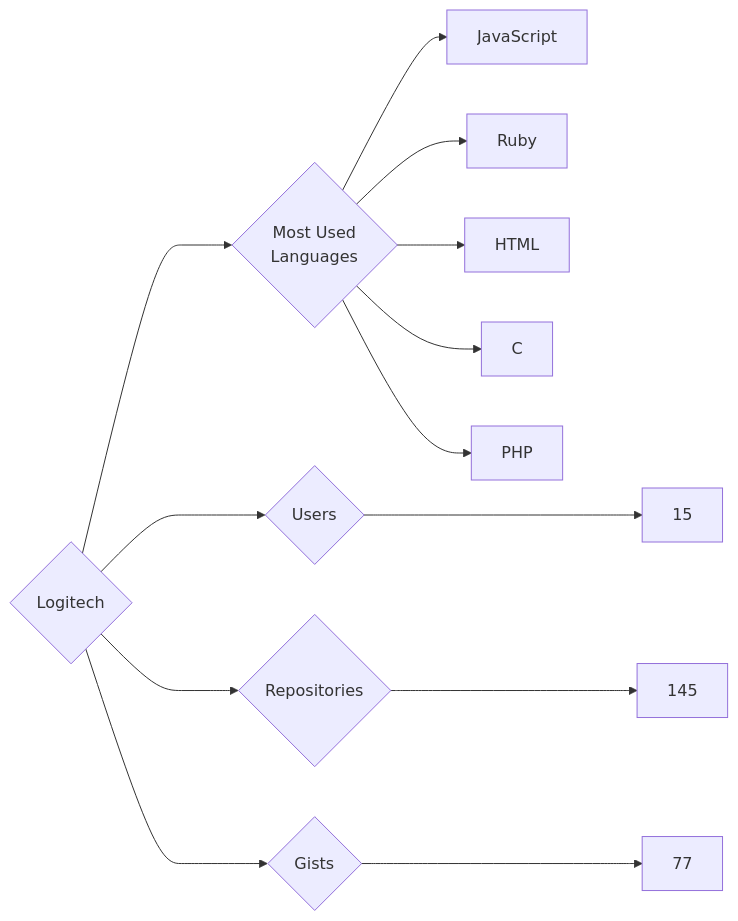
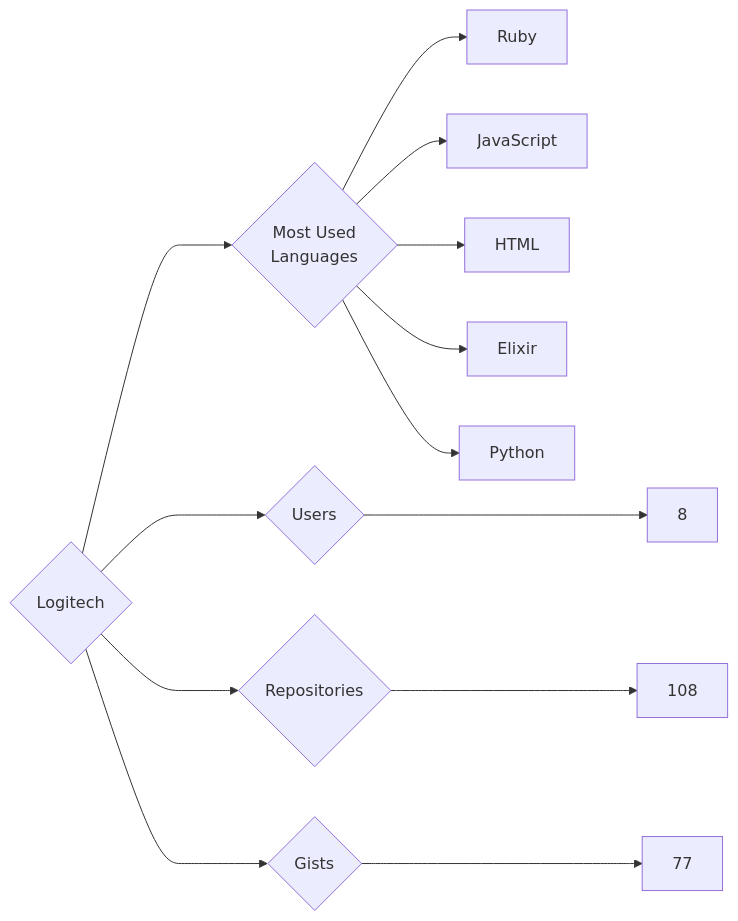
The diagram in targets/Logitech/README.md (trickest/insiders), drawn with Mermaid before and after one commit. The commit also changed 1248 other files, not shown here.

````diff
--- a/targets/Logitech/README.md
+++ b/targets/Logitech/README.md
@@ -3,13 +3,13 @@
 ```mermaid
 graph LR
 COMPANY_NAME{Logitech}
-COMPANY_NAME ---> U{Users} ---> UN[15]
-COMPANY_NAME ---> R{Repositories} ---> RN[145]
+COMPANY_NAME ---> U{Users} ---> UN[8]
+COMPANY_NAME ---> R{Repositories} ---> RN[108]
 COMPANY_NAME ---> G{Gists} ---> GN[77]
 COMPANY_NAME ---> ML{Most Used<br>Languages}
+ML --> Ruby[Ruby]
 ML --> JavaScript[JavaScript]
-ML --> Ruby[Ruby]
 ML --> HTML[HTML]
-ML --> C[C]
-ML --> PHP[PHP]
+ML --> Elixir[Elixir]
+ML --> Python[Python]
 ```
````
